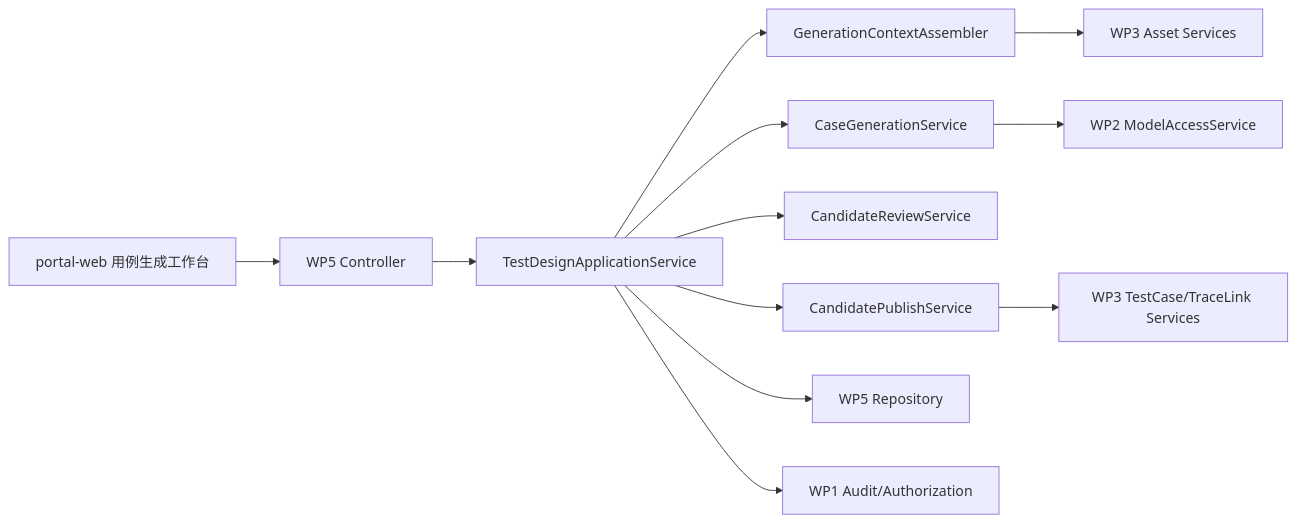
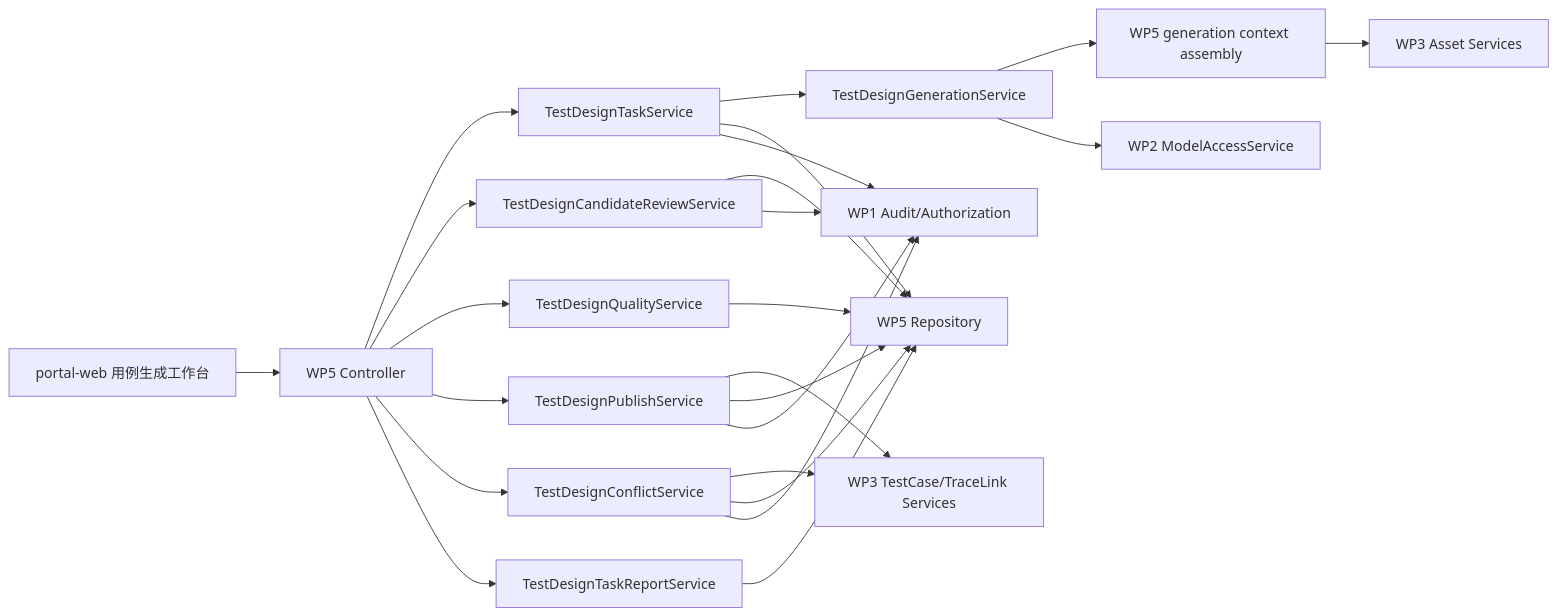
Before and after one commit to Sunhg2017/veri-agent: the diagram in doc/mvp/final/engineering/WP5-AI用例生成与评审-技术设计与接口契约.md, drawn with Mermaid. The commit also changed other lines of this file and 19 other files, not shown here.

````diff
--- a/doc/mvp/final/engineering/WP5-AI用例生成与评审-技术设计与接口契约.md
+++ b/doc/mvp/final/engineering/WP5-AI用例生成与评审-技术设计与接口契约.md
@@ -25,14 +25,26 @@
 ```mermaid
 flowchart LR
     UI["portal-web 用例生成工作台"] --> API["WP5 Controller"]
-    API --> APP["TestDesignApplicationService"]
-    APP --> CTX["GenerationContextAssembler"]
-    APP --> GEN["CaseGenerationService"]
-    APP --> REV["CandidateReviewService"]
-    APP --> PUB["CandidatePublishService"]
+    API --> TASK["TestDesignTaskService"]
+    API --> REV["TestDesignCandidateReviewService"]
+    API --> QUAL["TestDesignQualityService"]
+    API --> PUB["TestDesignPublishService"]
+    API --> CONFLICT["TestDesignConflictService"]
+    API --> REPORT["TestDesignTaskReportService"]
+    TASK --> GEN["TestDesignGenerationService"]
+    GEN --> CTX["WP5 generation context assembly"]
     CTX --> WP3R["WP3 Asset Services"]
     GEN --> WP2["WP2 ModelAccessService"]
     PUB --> WP3W["WP3 TestCase/TraceLink Services"]
-    APP --> REPO["WP5 Repository"]
-    APP --> AUDIT["WP1 Audit/Authorization"]
+    CONFLICT --> WP3W
+    TASK --> REPO["WP5 Repository"]
+    REV --> REPO
+    QUAL --> REPO
+    PUB --> REPO
+    CONFLICT --> REPO
+    REPORT --> REPO
+    TASK --> AUDIT["WP1 Audit/Authorization"]
+    REV --> AUDIT
+    PUB --> AUDIT
+    CONFLICT --> AUDIT
 ```
````
